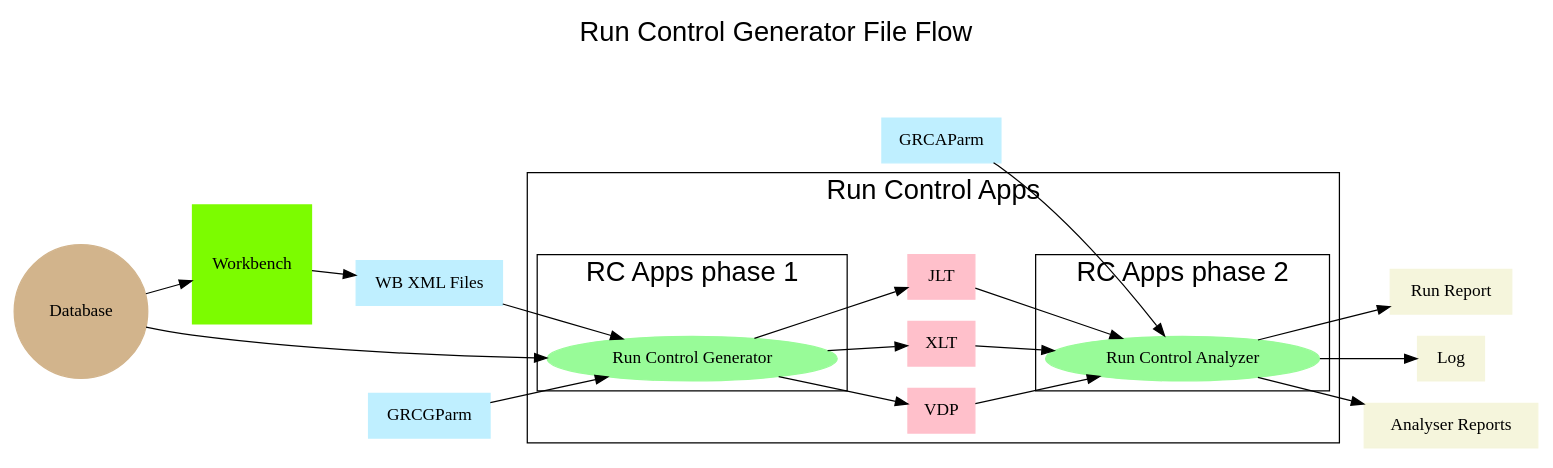
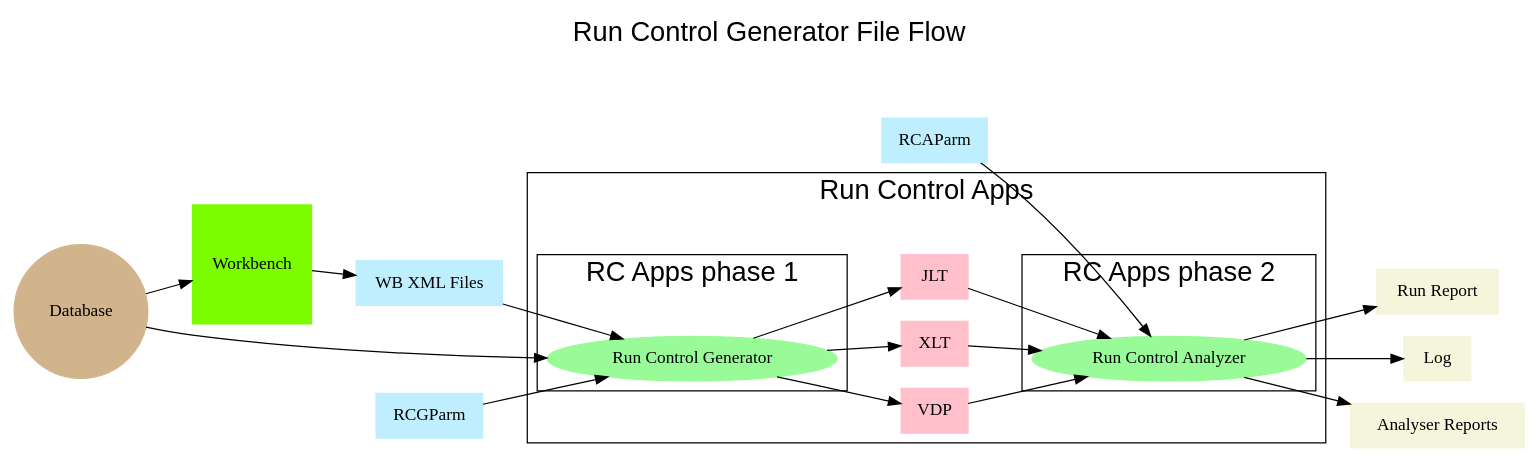
One commit to sritikki/Run-Control-Apps changed the diagram in RunControlGenerator/docs/RCFileFlow.gv. Above: the diagram before and after it, drawn with Graphviz. The commit also changed 26 other files, not shown here.

```diff
--- a/RunControlGenerator/docs/RCFileFlow.gv
+++ b/RunControlGenerator/docs/RCFileFlow.gv
@@ -1,56 +1,56 @@
 digraph RunControlGeneratoFileFlowr {
 rankdir=LR
 graph [label="Run Control Generator File Flow\n\n\n", labelloc=t, labeljust=center, fontname=Helvetica, fontsize=22];
 labeljust=center;
 
 // Files
 
 WB[label="Workbench" shape=square style=filled color=lawngreen]
 DB[label="Database" shape=circle style=filled color=tan]
 
 subgraph cluster_rcapps {
     label = "Run Control Apps\n\n"; 
     node [shape = plaintext;];
 
     subgraph cluster_rcg {
         label = "RC Apps phase 1\n\n";
         node [shape = plaintext;];
         RCG[label="Run Control Generator" shape=oval style=filled color=PaleGreen]
     }
     VDP[label="VDP" shape=rect style=filled color=pink ]
     XLT[label="XLT" shape=rect style=filled color=pink ]
     JLT[label="JLT" shape=rect style=filled color=pink ]
     subgraph cluster_rca {
         label = "RC Apps phase 2\n\n";
         node [shape = plaintext;];
         RCA[label="Run Control Analyzer" shape=oval style=filled color=PaleGreen]
     }
 }
 
-RCP[label="GRCGParm" shape=rect style=filled color=lightblue1]
-RAP[label="GRCAParm" shape=rect style=filled color=lightblue1]
+RCP[label="RCGParm" shape=rect style=filled color=lightblue1]
+RAP[label="RCAParm" shape=rect style=filled color=lightblue1]
 WBX[label="WB XML Files" shape=rect style=filled color=lightblue1 ]
 RPT[label="Run Report" shape=rect style=filled color=beige ]
 LOG[label="Log" shape=rect style=filled color=beige ]
 REPS[label="Analyser Reports" shape=rect style=filled color=beige ]
 
 DB -> WB -> WBX
 DB -> RCG
 RCP -> RCG
 WBX -> RCG
 RCG -> VDP
 RCG -> XLT
 RCG -> JLT
 
 VDP -> RCA
 XLT -> RCA
 JLT -> RCA
 
 RCA -> REPS
 
 RCA -> RPT [ltail=rca]
 RCA -> LOG
 
 RAP -> RCA
 
 }
```
